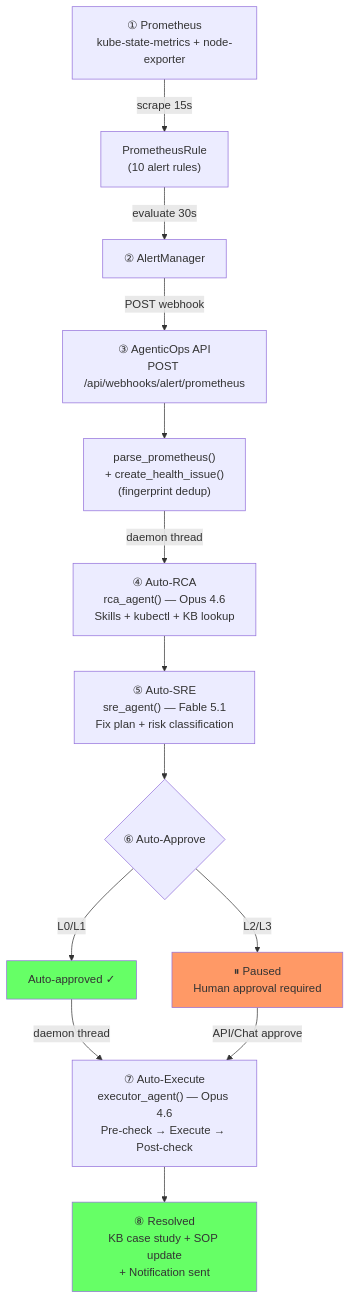
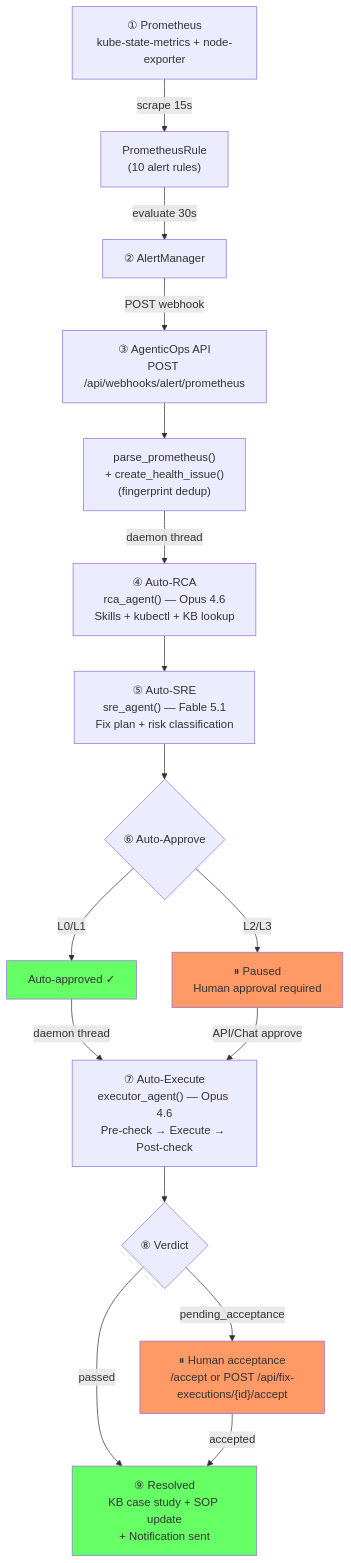
One commit to LiboMa/agenticops-chat changed the eighth of 21 diagrams in docs/WORKFLOW.md. Above: the diagram before and after it, drawn with Mermaid. The commit also changed other lines of this file and 3 other files, not shown here.

Commit message:
docs(issue-change): MVP-2.6.1 issue/change logic — lifecycle diagram matches the transitions, verdict + acceptance, intake, plan read tools (README/README_CN in sync)

````diff
--- a/docs/WORKFLOW.md
+++ b/docs/WORKFLOW.md
@@ -348,26 +364,30 @@
 ```mermaid
 flowchart TD
     PROM["① Prometheus<br/>kube-state-metrics + node-exporter"] -->|scrape 15s| RULES["PrometheusRule<br/>(10 alert rules)"]
     RULES -->|evaluate 30s| AM["② AlertManager"]
     AM -->|POST webhook| WH["③ AgenticOps API<br/>POST /api/webhooks/alert/prometheus"]
 
     WH --> PARSE["parse_prometheus()<br/>+ create_health_issue()<br/>(fingerprint dedup)"]
 
     PARSE -->|daemon thread| RCA["④ Auto-RCA<br/>rca_agent() — Opus 4.6<br/>Skills + kubectl + KB lookup"]
 
     RCA --> SRE["⑤ Auto-SRE<br/>sre_agent() — Fable 5.1<br/>Fix plan + risk classification"]
 
     SRE --> APPROVE{"⑥ Auto-Approve"}
     APPROVE -->|L0/L1| AUTO["Auto-approved ✓"]
     APPROVE -->|L2/L3| HUMAN["⏸ Paused<br/>Human approval required"]
 
     AUTO -->|daemon thread| EXEC["⑦ Auto-Execute<br/>executor_agent() — Opus 4.6<br/>Pre-check → Execute → Post-check"]
 
     HUMAN -->|API/Chat approve| EXEC
 
-    EXEC --> RESOLVE["⑧ Resolved<br/>KB case study + SOP update<br/>+ Notification sent"]
+    EXEC --> VERIFYV{"⑧ Verdict"}
+    VERIFYV -->|passed| RESOLVE["⑨ Resolved<br/>KB case study + SOP update<br/>+ Notification sent"]
+    VERIFYV -->|pending_acceptance| HACCEPT["⏸ Human acceptance<br/>/accept or POST /api/fix-executions/{id}/accept"]
+    HACCEPT -->|accepted| RESOLVE
 
     style AUTO fill:#6f6
     style HUMAN fill:#f96
+    style HACCEPT fill:#f96
     style RESOLVE fill:#6f6
 ```
````
